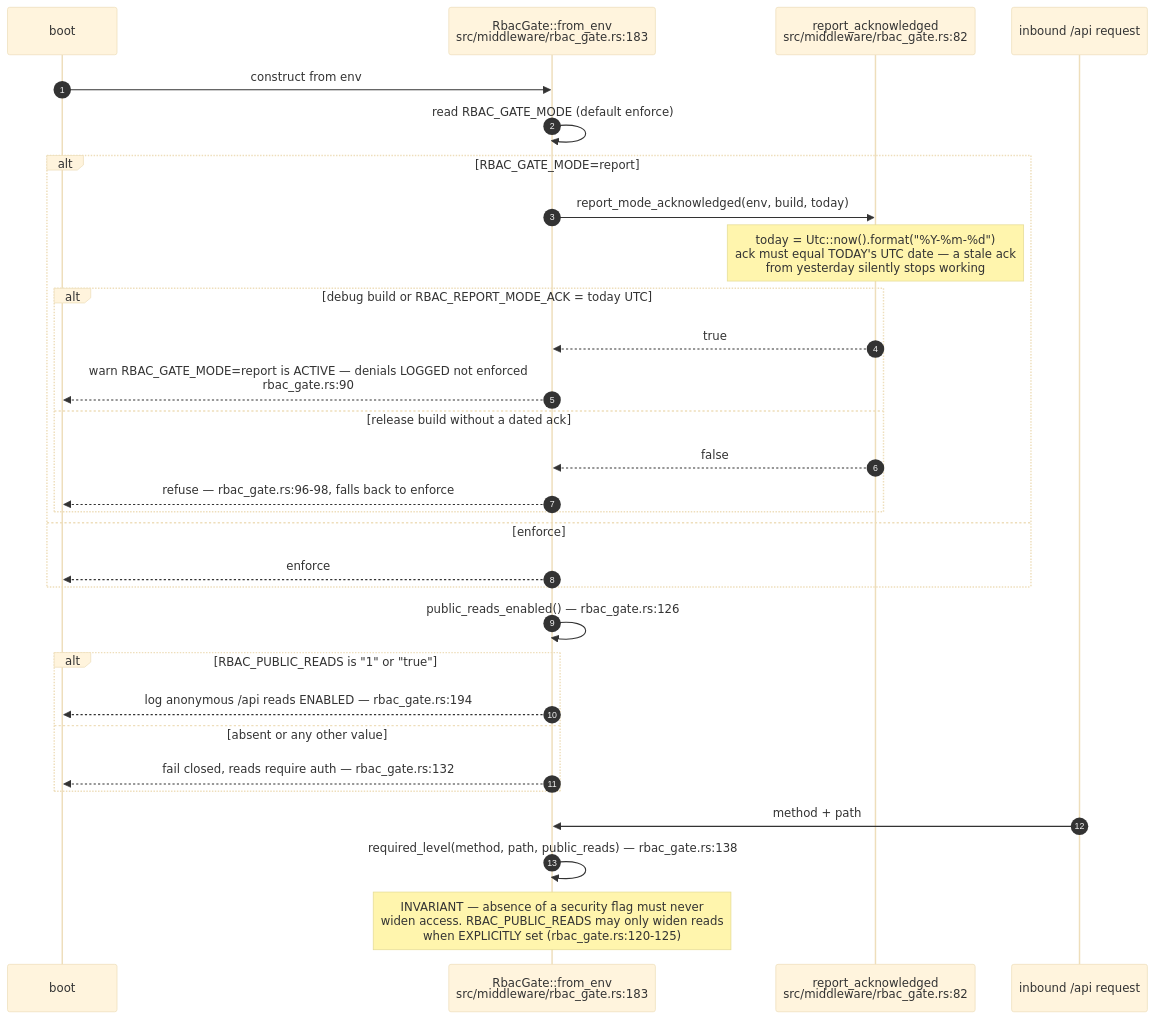
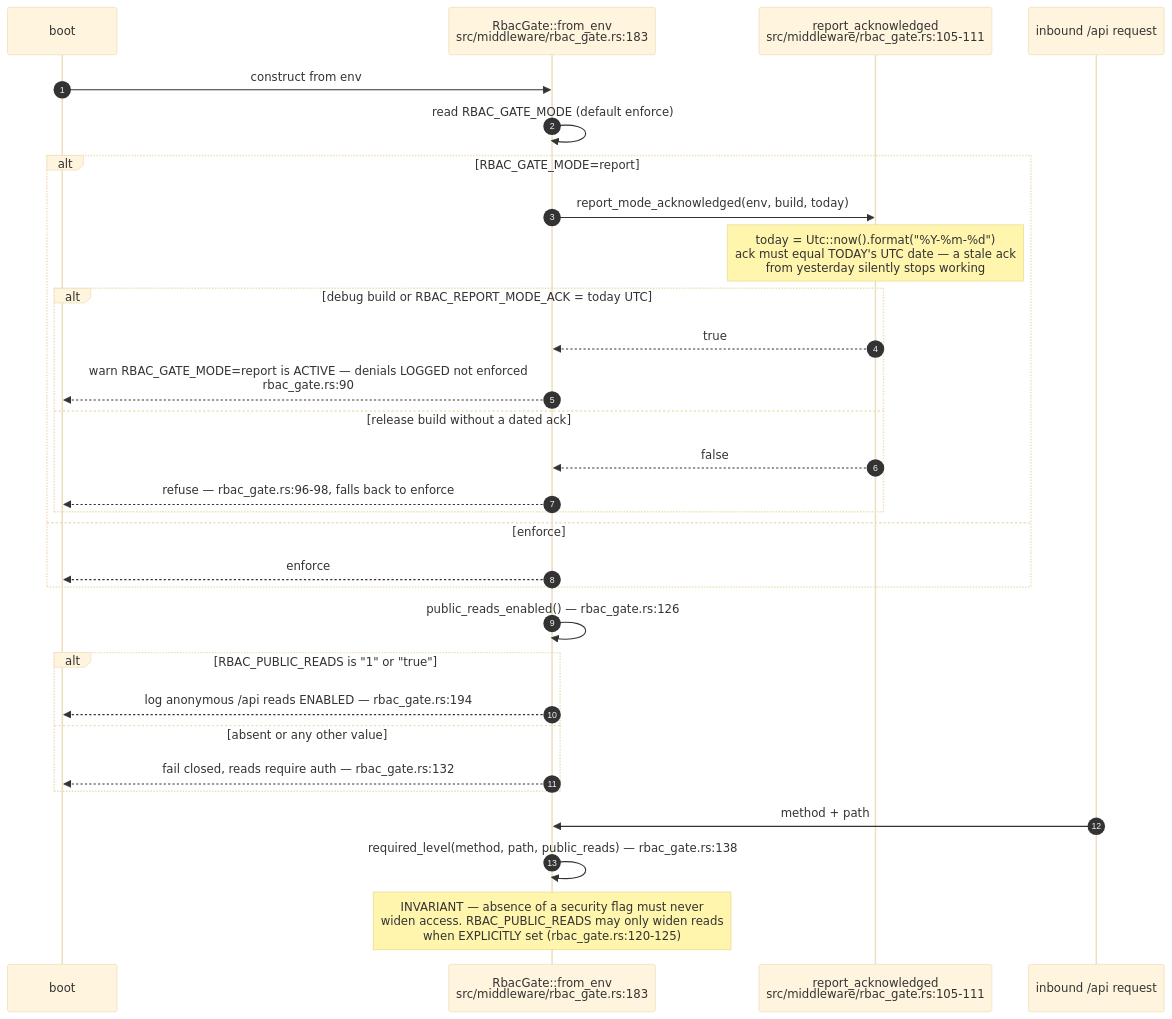
One commit to DreamLab-AI/AR-AI-Knowledge-Graph changed the fifth of 10 diagrams in docs/diagrams/estate/10-deployment-and-security-profiles.md. Above: the diagram before and after it, drawn with Mermaid (base theme). The commit also changed other lines of this file and 36 other files, not shown here.

````diff
--- a/docs/diagrams/estate/10-deployment-and-security-profiles.md
+++ b/docs/diagrams/estate/10-deployment-and-security-profiles.md
@@ -186,33 +186,33 @@
 ```mermaid
 sequenceDiagram
     autonumber
     participant B as boot
     participant RG as RbacGate::from_env<br/>src/middleware/rbac_gate.rs:183
-    participant RA as report_acknowledged<br/>src/middleware/rbac_gate.rs:82
+    participant RA as report_acknowledged<br/>src/middleware/rbac_gate.rs:105-111
     participant REQ as inbound /api request
 
     B->>RG: construct from env
     RG->>RG: read RBAC_GATE_MODE (default enforce)
     alt RBAC_GATE_MODE=report
         RG->>RA: report_mode_acknowledged(env, build, today)
         Note over RA: today = Utc::now().format("%Y-%m-%d")<br/>ack must equal TODAY's UTC date — a stale ack<br/>from yesterday silently stops working
         alt debug build or RBAC_REPORT_MODE_ACK = today UTC
             RA-->>RG: true
             RG-->>B: warn RBAC_GATE_MODE=report is ACTIVE — denials LOGGED not enforced<br/>rbac_gate.rs:90
         else release build without a dated ack
             RA-->>RG: false
             RG-->>B: refuse — rbac_gate.rs:96-98, falls back to enforce
         end
     else enforce
         RG-->>B: enforce
     end
     RG->>RG: public_reads_enabled() — rbac_gate.rs:126
     alt RBAC_PUBLIC_READS is "1" or "true"
         RG-->>B: log anonymous /api reads ENABLED — rbac_gate.rs:194
     else absent or any other value
         RG-->>B: fail closed, reads require auth — rbac_gate.rs:132
     end
     REQ->>RG: method + path
     RG->>RG: required_level(method, path, public_reads) — rbac_gate.rs:138
     Note over RG: INVARIANT — absence of a security flag must never<br/>widen access. RBAC_PUBLIC_READS may only widen reads<br/>when EXPLICITLY set (rbac_gate.rs:120-125)
 ```
````
